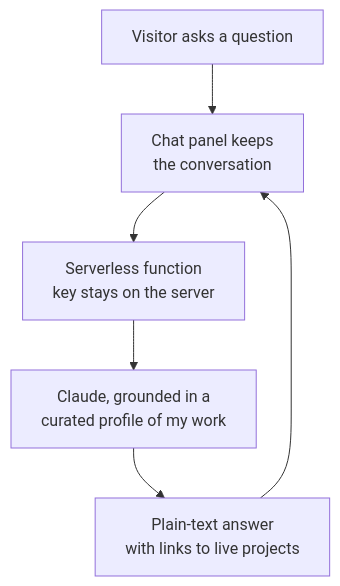
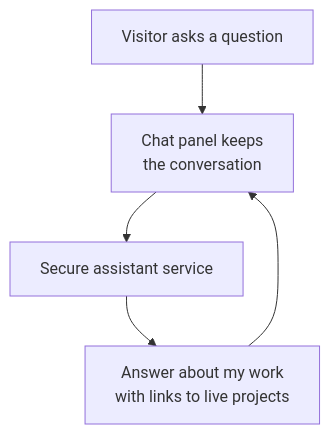
Before and after one commit to DavisHiggins/dh-conversational-portfolio-showcase: the diagram in README.md, drawn with Mermaid. The commit also changed other lines of this file and 7 other files, not shown here.

````diff
--- a/README.md
+++ b/README.md
@@ -45,8 +51,7 @@
 ```mermaid
 flowchart TB
     Q[Visitor asks a question] --> P[Chat panel keeps<br/>the conversation]
-    P --> F[Serverless function<br/>key stays on the server]
-    F --> C[Claude, grounded in a<br/>curated profile of my work]
-    C --> A[Plain-text answer<br/>with links to live projects]
+    P --> S[Secure assistant service]
+    S --> A[Answer about my work<br/>with links to live projects]
     A --> P
 ```
````
